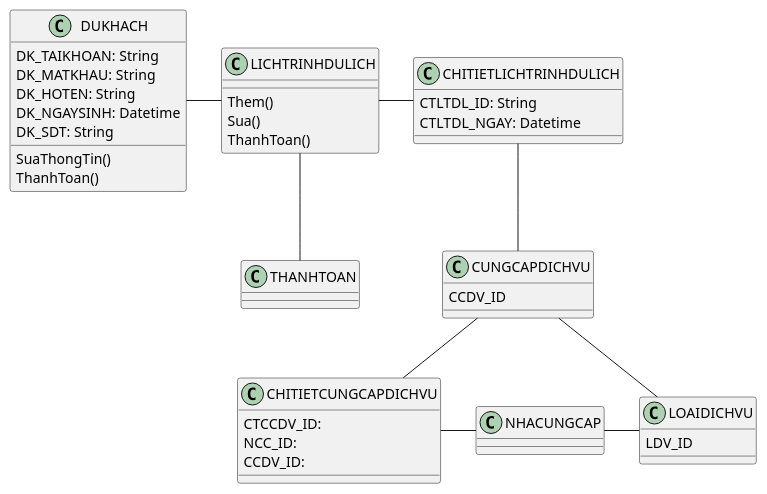
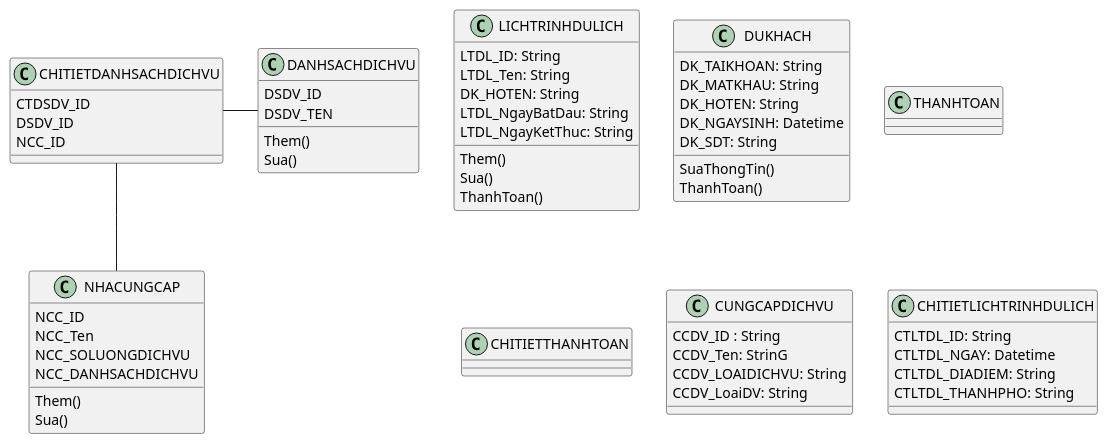
One commit to TranTan-Dat/LV_DuLichDienTu changed the diagram in PlanUML/UseCase_QLNCC.puml. Above: the diagram before and after it, drawn with PlantUML. The commit also changed 2 other files, not shown here.

Commit message:
continute uml

```diff
--- a/PlanUML/UseCase_QLNCC.puml
+++ b/PlanUML/UseCase_QLNCC.puml
@@ -1,80 +1,111 @@
 @startuml So Do class
 
 ' Dịch vụ du lịch ở đây bao gồm các khu vui chơi,
 ' ăn ngủ nghỉ, dịch vụ đi lại, các dịch vụ sẽ có loại DV
 'Dịch vụ sẽ gồm có:
 '1. Phương tiện để đi lại (gồm có phương tiện đi đến nơi du lịch và phương tiện đi lại ở điểm du lịch)
 '2. Tham quan và ăn uống
 '3. chỗ ngủ
 
 
 
-Class LOAIDICHVU{
-  LDV_ID
+Class DANHSACHDICHVU{
+  DSDV_ID
+  DSDV_TEN
+  Them()
+  Sua()
 }
 
-class NHACUNGCAP{}
+class NHACUNGCAP{
+  NCC_ID
+  NCC_Ten
+  NCC_SOLUONGDICHVU
+  NCC_DANHSACHDICHVU
+  Them()
+  Sua()
+}
 
 class LICHTRINHDULICH{
+  LTDL_ID: String
+  LTDL_Ten: String
+  DK_HOTEN: String
+  LTDL_NgayBatDau: String
+  LTDL_NgayKetThuc: String
+
 
   Them()
   Sua()
   ThanhToan()
 }
 
 
 class DUKHACH{
   DK_TAIKHOAN: String
   DK_MATKHAU: String
   DK_HOTEN: String
   DK_NGAYSINH: Datetime
   DK_SDT: String
   SuaThongTin()
   ThanhToan()
 }
 Class THANHTOAN{}
-' Class CHITIETTHANHTOAN{}
+Class CHITIETTHANHTOAN{
+
+}
+
 Class CUNGCAPDICHVU{
-  CCDV_ID 
+  CCDV_ID : String
+  CCDV_Ten: StrinG
+  CCDV_LOAIDICHVU: String
+  CCDV_LoaiDV: String
 }
 'một lịch trình thì có 1-> n ngày, 1 ngày đi sẽ có nhiều dịch vụ bởi nhà cung cấp dv
 '1 ncc_DVu -> cung cấp cho nhiều lịch trình 
 '=> thực thể yếu => thêm chi tiết lịch trình du lịch mỗi ngày đi sẽ là 1 chi tiết
 
   ' chỗ rối ở đây nếu hôm nay đi 2 chỗ mai đi 4 chỗ thì ghi sao
 class CHITIETLICHTRINHDULICH{
   CTLTDL_ID: String
   CTLTDL_NGAY: Datetime
-
+  CTLTDL_DIADIEM: String
+  CTLTDL_THANHPHO: String
 }
 
+
 '1 nhà cung cấp có thể có nhiều loại dịch vụ du lịch
-class CHITIETCUNGCAPDICHVU{
-  CTCCDV_ID:
-  NCC_ID:
-  CCDV_ID:
+class CHITIETDANHSACHDICHVU{
+  CTDSDV_ID
+  DSDV_ID
+  NCC_ID
+  
 }
 
-class LOAIDICHVU{}
+class DANHSACHDICHVU{}
 ' class PHUONGTIENDILAI{}
 ' Class ANUONGTHAMQUAN{}
 ' Class NGHINGOI{}
 
 
 ' ------------------
-DUKHACH - LICHTRINHDULICH
-CUNGCAPDICHVU -- CHITIETCUNGCAPDICHVU
-CHITIETCUNGCAPDICHVU - NHACUNGCAP
-NHACUNGCAP - LOAIDICHVU
-LICHTRINHDULICH -- THANHTOAN
-' THANHTOAN -- CHITIETTHANHTOAN
-' CHITIETTHANHTOAN --- CUNGCAPDICHVU
-LICHTRINHDULICH - CHITIETLICHTRINHDULICH
-CHITIETLICHTRINHDULICH -- CUNGCAPDICHVU
-LOAIDICHVU -- CUNGCAPDICHVU
+
+CHITIETDANHSACHDICHVU -- NHACUNGCAP
+CHITIETDANHSACHDICHVU - DANHSACHDICHVU
+
+
+
+' DUKHACH - LICHTRINHDULICH
+
+
+' NHACUNGCAP - DANHSACHDICHVU
+' LICHTRINHDULICH -- THANHTOAN
+' THANHTOAN - CHITIETTHANHTOAN
+' ' CHITIETTHANHTOAN --- CUNGCAPDICHVU
+' LICHTRINHDULICH -- CHITIETLICHTRINHDULICH
+' CHITIETLICHTRINHDULICH -- CUNGCAPDICHVU
+' DANHSACHDICHVU -- CUNGCAPDICHVU
 
 ' CUNGCAPDICHVU <|-- NGHINGOI
 ' CUNGCAPDICHVU <|-- ANUONGTHAMQUAN
 ' CUNGCAPDICHVU <|-- PHUONGTIENDILAI
 
 @enduml
```
